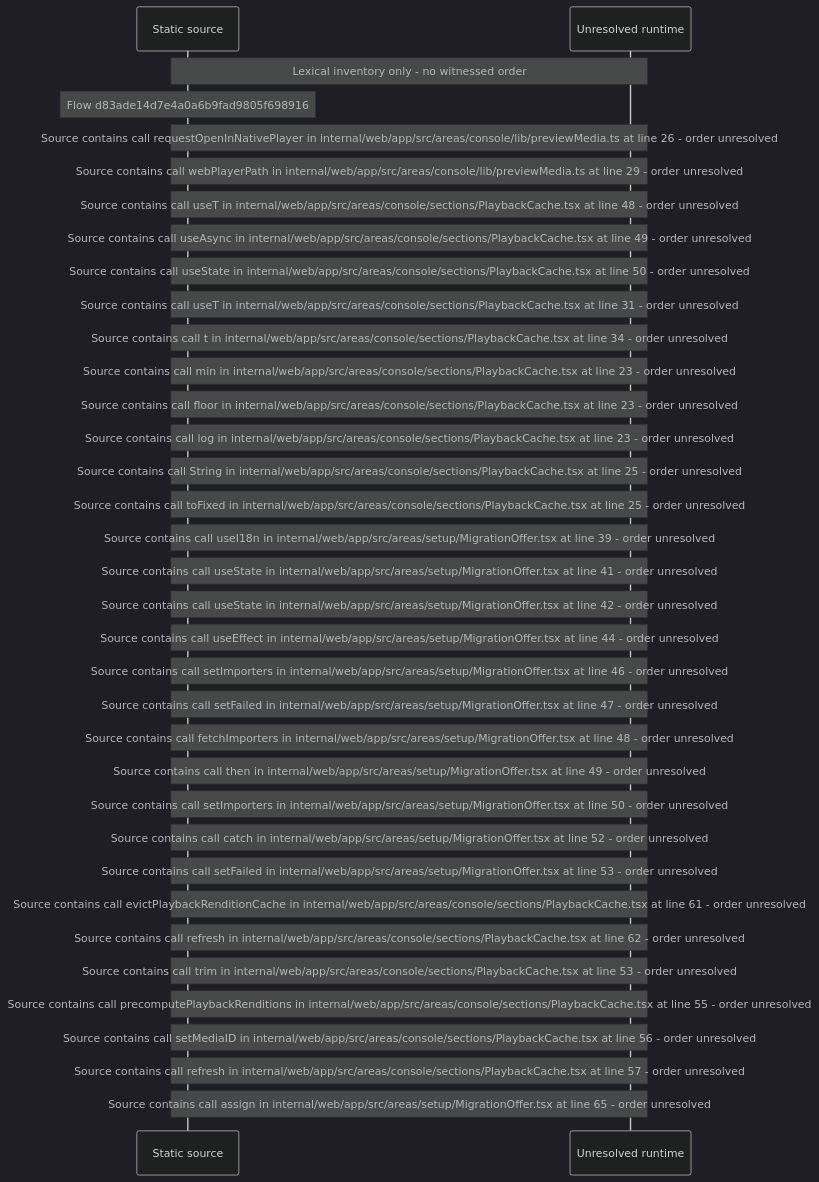
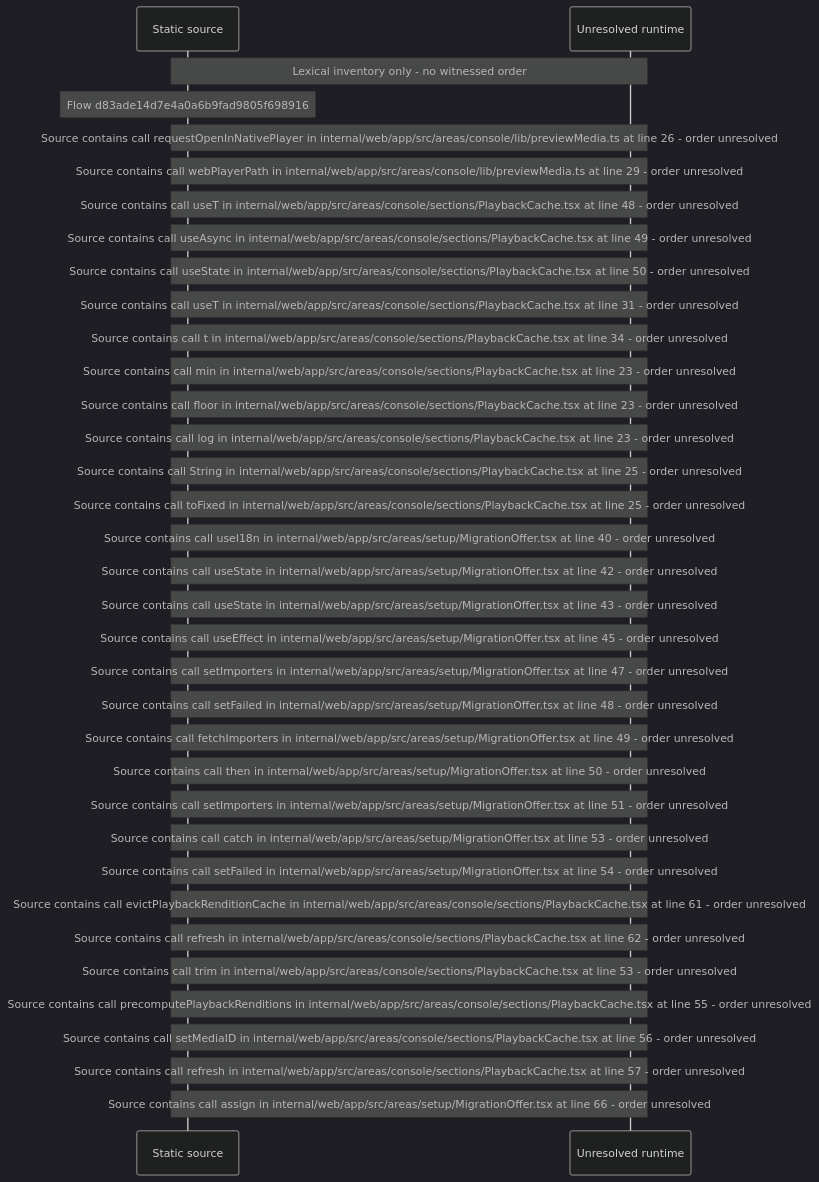
The diagram in docs/web/flows/generated/d83ade14d7e4a0a6b9fad9805f698916/flow-diagram.md (beamfall/core), drawn with Mermaid (dark theme) before and after one commit. The commit also changed other lines of this file and 715 other files, not shown here.

Commit message:
Regenerate the web flow record on the landing stack head (CORE-1762)

````diff
--- a/docs/web/flows/generated/d83ade14d7e4a0a6b9fad9805f698916/flow-diagram.md
+++ b/docs/web/flows/generated/d83ade14d7e4a0a6b9fad9805f698916/flow-diagram.md
@@ -10,37 +10,37 @@
 ```mermaid
 sequenceDiagram
     participant S as Static source
     participant U as Unresolved runtime
     Note over S,U: Lexical inventory only - no witnessed order
     Note over S: Flow d83ade14d7e4a0a6b9fad9805f698916
     Note over S,U: Source contains call requestOpenInNativePlayer in internal/web/app/src/areas/console/lib/previewMedia.ts at line 26 - order unresolved
     Note over S,U: Source contains call webPlayerPath in internal/web/app/src/areas/console/lib/previewMedia.ts at line 29 - order unresolved
     Note over S,U: Source contains call useT in internal/web/app/src/areas/console/sections/PlaybackCache.tsx at line 48 - order unresolved
     Note over S,U: Source contains call useAsync in internal/web/app/src/areas/console/sections/PlaybackCache.tsx at line 49 - order unresolved
     Note over S,U: Source contains call useState in internal/web/app/src/areas/console/sections/PlaybackCache.tsx at line 50 - order unresolved
     Note over S,U: Source contains call useT in internal/web/app/src/areas/console/sections/PlaybackCache.tsx at line 31 - order unresolved
     Note over S,U: Source contains call t in internal/web/app/src/areas/console/sections/PlaybackCache.tsx at line 34 - order unresolved
     Note over S,U: Source contains call min in internal/web/app/src/areas/console/sections/PlaybackCache.tsx at line 23 - order unresolved
     Note over S,U: Source contains call floor in internal/web/app/src/areas/console/sections/PlaybackCache.tsx at line 23 - order unresolved
     Note over S,U: Source contains call log in internal/web/app/src/areas/console/sections/PlaybackCache.tsx at line 23 - order unresolved
     Note over S,U: Source contains call String in internal/web/app/src/areas/console/sections/PlaybackCache.tsx at line 25 - order unresolved
     Note over S,U: Source contains call toFixed in internal/web/app/src/areas/console/sections/PlaybackCache.tsx at line 25 - order unresolved
-    Note over S,U: Source contains call useI18n in internal/web/app/src/areas/setup/MigrationOffer.tsx at line 39 - order unresolved
-    Note over S,U: Source contains call useState in internal/web/app/src/areas/setup/MigrationOffer.tsx at line 41 - order unresolved
+    Note over S,U: Source contains call useI18n in internal/web/app/src/areas/setup/MigrationOffer.tsx at line 40 - order unresolved
     Note over S,U: Source contains call useState in internal/web/app/src/areas/setup/MigrationOffer.tsx at line 42 - order unresolved
-    Note over S,U: Source contains call useEffect in internal/web/app/src/areas/setup/MigrationOffer.tsx at line 44 - order unresolved
-    Note over S,U: Source contains call setImporters in internal/web/app/src/areas/setup/MigrationOffer.tsx at line 46 - order unresolved
-    Note over S,U: Source contains call setFailed in internal/web/app/src/areas/setup/MigrationOffer.tsx at line 47 - order unresolved
-    Note over S,U: Source contains call fetchImporters in internal/web/app/src/areas/setup/MigrationOffer.tsx at line 48 - order unresolved
-    Note over S,U: Source contains call then in internal/web/app/src/areas/setup/MigrationOffer.tsx at line 49 - order unresolved
-    Note over S,U: Source contains call setImporters in internal/web/app/src/areas/setup/MigrationOffer.tsx at line 50 - order unresolved
-    Note over S,U: Source contains call catch in internal/web/app/src/areas/setup/MigrationOffer.tsx at line 52 - order unresolved
-    Note over S,U: Source contains call setFailed in internal/web/app/src/areas/setup/MigrationOffer.tsx at line 53 - order unresolved
+    Note over S,U: Source contains call useState in internal/web/app/src/areas/setup/MigrationOffer.tsx at line 43 - order unresolved
+    Note over S,U: Source contains call useEffect in internal/web/app/src/areas/setup/MigrationOffer.tsx at line 45 - order unresolved
+    Note over S,U: Source contains call setImporters in internal/web/app/src/areas/setup/MigrationOffer.tsx at line 47 - order unresolved
+    Note over S,U: Source contains call setFailed in internal/web/app/src/areas/setup/MigrationOffer.tsx at line 48 - order unresolved
+    Note over S,U: Source contains call fetchImporters in internal/web/app/src/areas/setup/MigrationOffer.tsx at line 49 - order unresolved
+    Note over S,U: Source contains call then in internal/web/app/src/areas/setup/MigrationOffer.tsx at line 50 - order unresolved
+    Note over S,U: Source contains call setImporters in internal/web/app/src/areas/setup/MigrationOffer.tsx at line 51 - order unresolved
+    Note over S,U: Source contains call catch in internal/web/app/src/areas/setup/MigrationOffer.tsx at line 53 - order unresolved
+    Note over S,U: Source contains call setFailed in internal/web/app/src/areas/setup/MigrationOffer.tsx at line 54 - order unresolved
     Note over S,U: Source contains call evictPlaybackRenditionCache in internal/web/app/src/areas/console/sections/PlaybackCache.tsx at line 61 - order unresolved
     Note over S,U: Source contains call refresh in internal/web/app/src/areas/console/sections/PlaybackCache.tsx at line 62 - order unresolved
     Note over S,U: Source contains call trim in internal/web/app/src/areas/console/sections/PlaybackCache.tsx at line 53 - order unresolved
     Note over S,U: Source contains call precomputePlaybackRenditions in internal/web/app/src/areas/console/sections/PlaybackCache.tsx at line 55 - order unresolved
     Note over S,U: Source contains call setMediaID in internal/web/app/src/areas/console/sections/PlaybackCache.tsx at line 56 - order unresolved
     Note over S,U: Source contains call refresh in internal/web/app/src/areas/console/sections/PlaybackCache.tsx at line 57 - order unresolved
-    Note over S,U: Source contains call assign in internal/web/app/src/areas/setup/MigrationOffer.tsx at line 65 - order unresolved
+    Note over S,U: Source contains call assign in internal/web/app/src/areas/setup/MigrationOffer.tsx at line 66 - order unresolved
 ```
````
